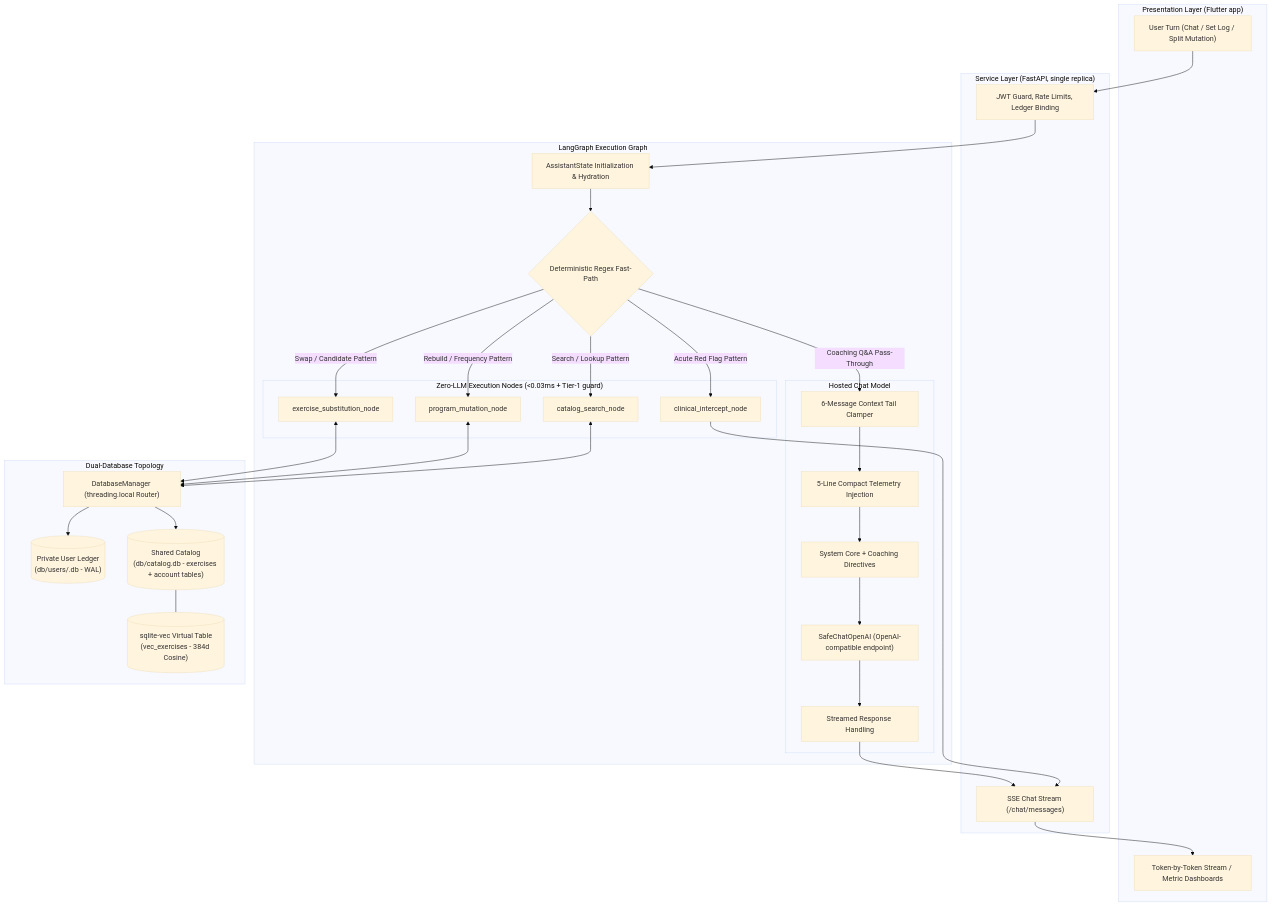
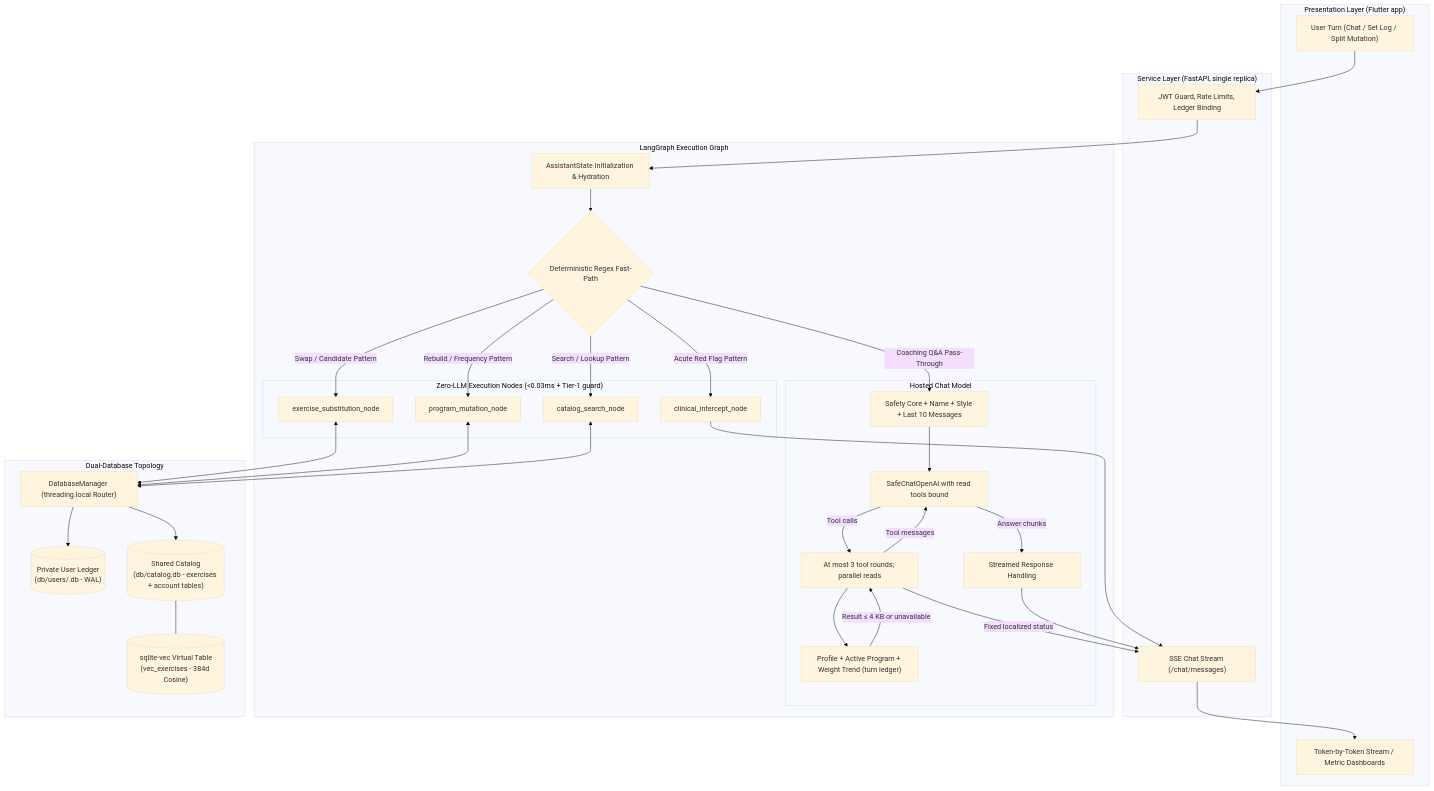
One commit to ahmedtvmer/MAYOS changed the first of 8 diagrams in docs/ARCHITECTURE.md. Above: the diagram before and after it, drawn with Mermaid (base theme). The commit also changed other lines of this file and 32 other files, not shown here.

````diff
--- a/docs/ARCHITECTURE.md
+++ b/docs/ARCHITECTURE.md
@@ -11,70 +11,72 @@
 ```mermaid
 flowchart TD
     subgraph UI_Layer ["Presentation Layer (Flutter app)"]
         UI_Input["User Turn (Chat / Set Log / Split Mutation)"]
         UI_Render["Token-by-Token Stream / Metric Dashboards"]
     end
 
     subgraph Service_Layer ["Service Layer (FastAPI, single replica)"]
         API_Auth["JWT Guard, Rate Limits, Ledger Binding"]
         API_SSE["SSE Chat Stream (/chat/messages)"]
     end
 
     subgraph LangGraph_Engine ["LangGraph Execution Graph"]
         State_Init["AssistantState Initialization & Hydration"]
         Fast_Router{"Deterministic Regex Fast-Path"}
 
         subgraph Deterministic_Nodes ["Zero-LLM Execution Nodes (<0.03ms + Tier-1 guard)"]
             Node_Clinical["clinical_intercept_node"]
             Node_Sub["exercise_substitution_node"]
             Node_Mutation["program_mutation_node"]
             Node_Catalog["catalog_search_node"]
         end
 
         subgraph Hosted_LLM ["Hosted Chat Model"]
-            Context_Clamper["6-Message Context Tail Clamper"]
-            Telemetry_Hydrator["5-Line Compact Telemetry Injection"]
-            Prompt_Assembler["System Core + Coaching Directives"]
-            LLM_Stream["SafeChatOpenAI (OpenAI-compatible endpoint)"]
+            Prompt_Assembler["Safety Core + Name + Style + Last 10 Messages"]
+            LLM_Stream["SafeChatOpenAI with read tools bound"]
+            Tool_Round_Loop["At most 3 tool rounds; parallel reads"]
+            Player_Read_Tools["Profile + Active Program + Weight Trend (turn ledger)"]
             Chunk_Sanitizer["Streamed Response Handling"]
         end
     end
 
     subgraph Storage_Layer ["Dual-Database Topology"]
         DBM["DatabaseManager (threading.local Router)"]
         User_WAL[("Private User Ledger\n(db/users/<id>.db - WAL)")]
         Catalog_Shared[("Shared Catalog\n(db/catalog.db - exercises + account tables)")]
         Vec_Index[("sqlite-vec Virtual Table\n(vec_exercises - 384d Cosine)")]
     end
 
     UI_Input --> API_Auth
     API_Auth --> State_Init
     State_Init --> Fast_Router
 
     %% Deterministic Fast Paths
     Fast_Router -- "Acute Red Flag Pattern" --> Node_Clinical
     Fast_Router -- "Swap / Candidate Pattern" --> Node_Sub
     Fast_Router -- "Rebuild / Frequency Pattern" --> Node_Mutation
     Fast_Router -- "Search / Lookup Pattern" --> Node_Catalog
 
     %% Non-Deterministic Coaching Path
-    Fast_Router -- "Coaching Q&A Pass-Through" --> Context_Clamper
-
-    Context_Clamper --> Telemetry_Hydrator
-    Telemetry_Hydrator --> Prompt_Assembler
+    Fast_Router -- "Coaching Q&A Pass-Through" --> Prompt_Assembler
     Prompt_Assembler --> LLM_Stream
-    LLM_Stream --> Chunk_Sanitizer
+    LLM_Stream -- "Tool calls" --> Tool_Round_Loop
+    Tool_Round_Loop -- "Fixed localized status" --> API_SSE
+    Tool_Round_Loop --> Player_Read_Tools
+    Player_Read_Tools -- "Result ≤ 4 KB or unavailable" --> Tool_Round_Loop
+    Tool_Round_Loop -- "Tool messages" --> LLM_Stream
+    LLM_Stream -- "Answer chunks" --> Chunk_Sanitizer
     Chunk_Sanitizer --> API_SSE
     API_SSE --> UI_Render
 
     %% Deterministic Node Storage Operations
     Node_Clinical --> API_SSE
     Node_Sub <--> DBM
     Node_Mutation <--> DBM
     Node_Catalog <--> DBM
 
     %% Database Routing
     DBM --> User_WAL
     DBM --> Catalog_Shared
     Catalog_Shared --- Vec_Index
 ```
````
